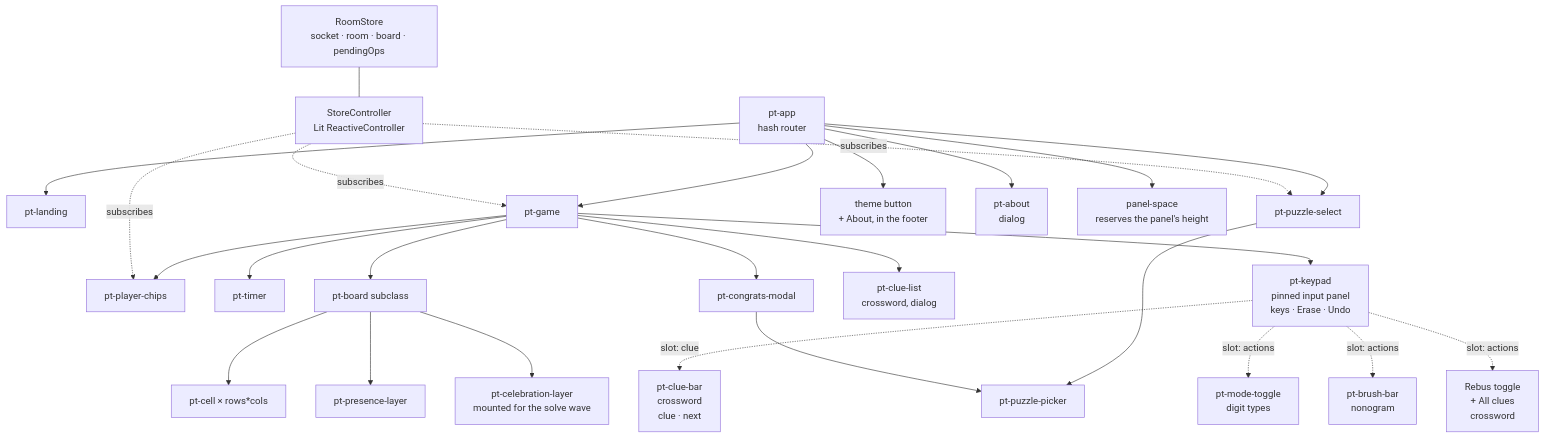
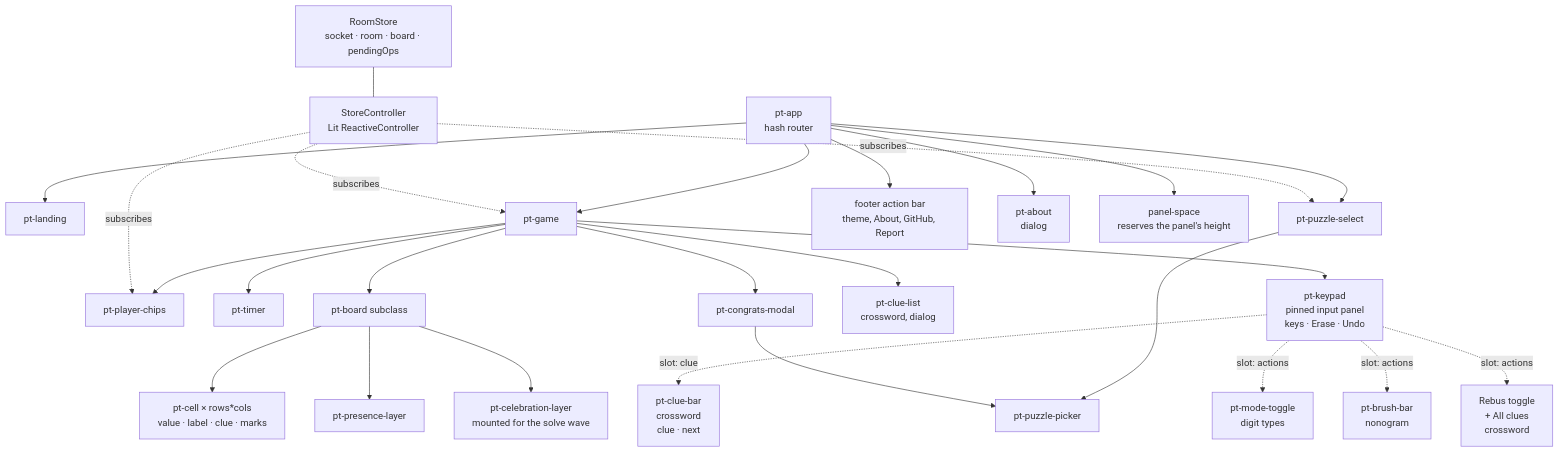
The sixth of 6 diagrams in docs/architecture.md (nikhilasm/puzzletogether), drawn with Mermaid before and after one commit. The commit also changed other lines of this file and 38 other files, not shown here.

````diff
--- a/docs/architecture.md
+++ b/docs/architecture.md
@@ -207,36 +213,36 @@
 ```mermaid
 flowchart TB
     APP["pt-app<br/>hash router"]
     APP --> LAND["pt-landing"]
     APP --> SEL["pt-puzzle-select"]
     APP --> GAME["pt-game"]
 
     GAME --> CHIPS["pt-player-chips"]
     GAME --> TIMER["pt-timer"]
     GAME --> BOARD["pt-board subclass"]
     GAME --> KEYPAD["pt-keypad<br/>pinned input panel<br/>keys · Erase · Undo"]
     GAME --> CLUELIST["pt-clue-list<br/>crossword, dialog"]
     GAME --> MODAL["pt-congrats-modal"]
 
     KEYPAD -. "slot: clue" .-> CLUEBAR["pt-clue-bar<br/>crossword<br/>clue · next"]
     KEYPAD -. "slot: actions" .-> MODE["pt-mode-toggle<br/>digit types"]
     KEYPAD -. "slot: actions" .-> BRUSH["pt-brush-bar<br/>nonogram"]
     KEYPAD -. "slot: actions" .-> REBUS["Rebus toggle<br/>+ All clues<br/>crossword"]
 
-    APP --> THEMESW["theme button<br/>+ About, in the footer"]
+    APP --> THEMESW["footer action bar<br/>theme, About, GitHub, Report"]
     APP --> ABOUT["pt-about<br/>dialog"]
     APP --> SPACE["panel-space<br/>reserves the panel's height"]
     SEL --> PICKER["pt-puzzle-picker"]
     MODAL --> PICKER
 
-    BOARD --> CELL["pt-cell × rows*cols"]
+    BOARD --> CELL["pt-cell × rows*cols<br/>value · label · clue · marks"]
     BOARD --> PRES["pt-presence-layer"]
     BOARD --> CELEB["pt-celebration-layer<br/>mounted for the solve wave"]
 
     STORE["RoomStore<br/>socket · room · board · pendingOps"]
     CTRL["StoreController<br/>Lit ReactiveController"]
     STORE --- CTRL
     CTRL -. subscribes .-> GAME
     CTRL -. subscribes .-> SEL
     CTRL -. subscribes .-> CHIPS
 ```
````
